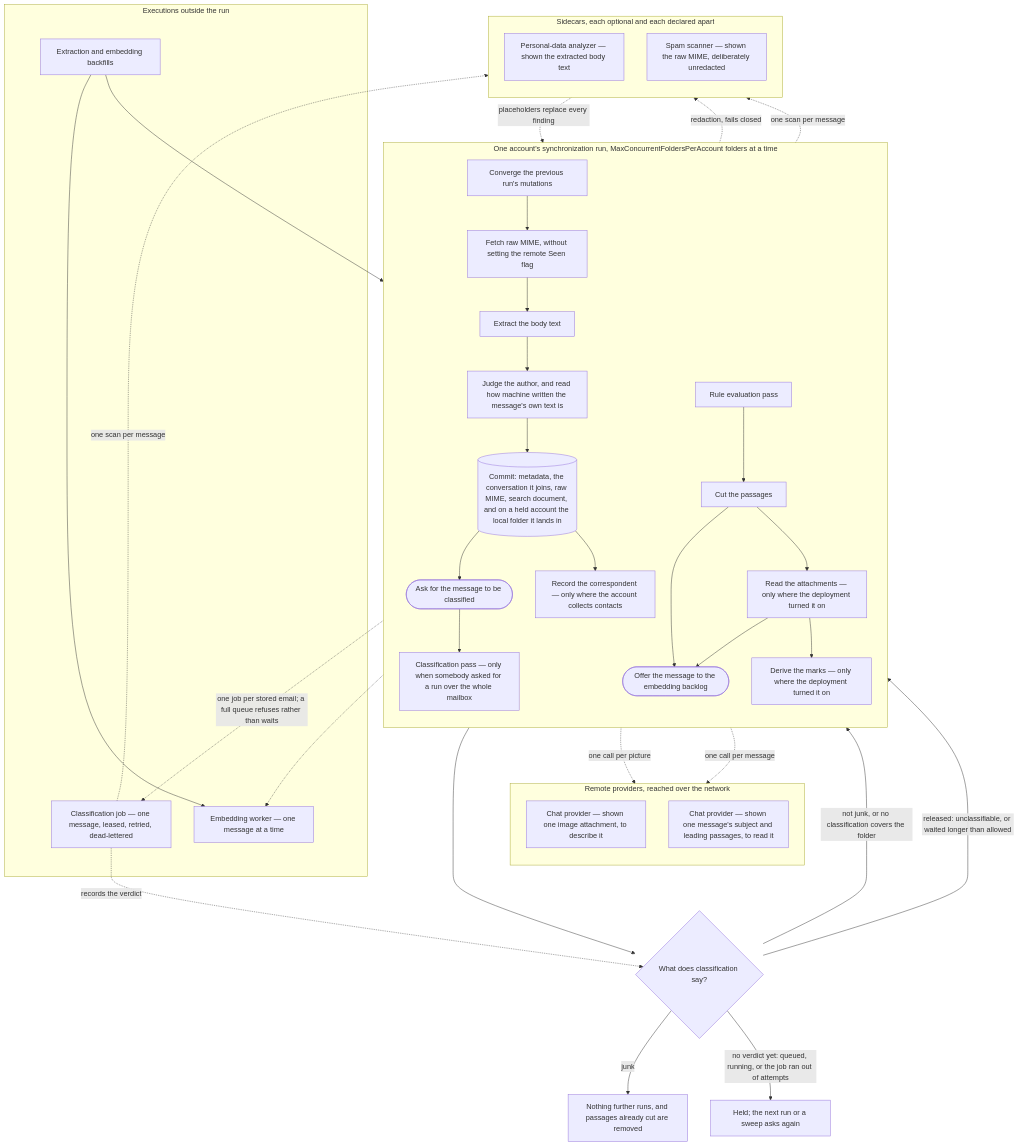
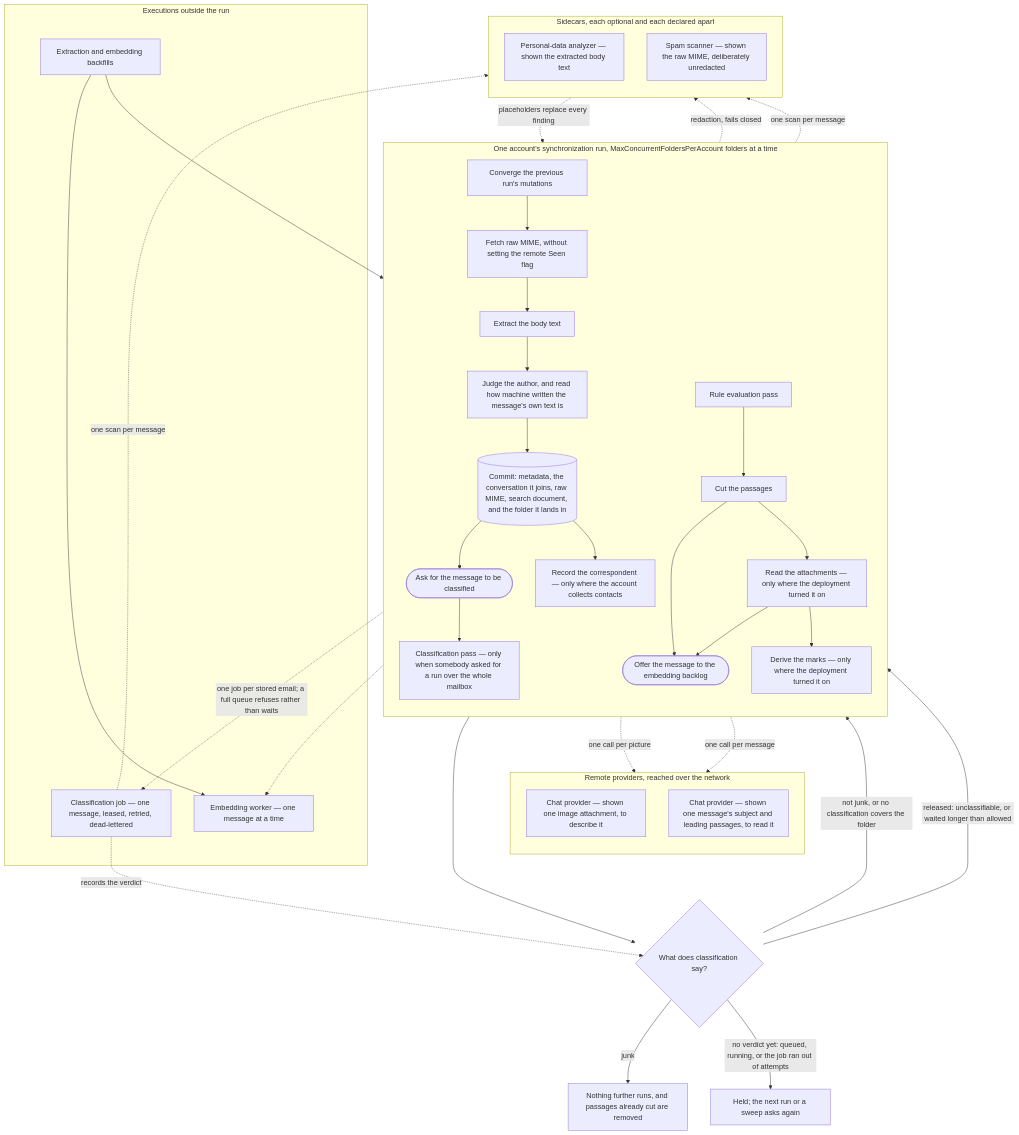
One commit to fathomise/MailFathom changed the diagram in docs/architecture/arrival-pipeline.md. Above: the diagram before and after it, drawn with Mermaid. The commit also changed 343 other files, not shown here.

Commit message:
[#2578] Give every account one folder model that every reader uses

````diff
--- a/docs/architecture/arrival-pipeline.md
+++ b/docs/architecture/arrival-pipeline.md
@@ -16,64 +16,64 @@
 ```mermaid
 flowchart TD
     subgraph run["One account's synchronization run, MaxConcurrentFoldersPerAccount folders at a time"]
         direction TB
         converge["Converge the previous run's mutations"]
         fetch["Fetch raw MIME, without setting the remote Seen flag"]
         extract["Extract the body text"]
         judge["Judge the author, and read how machine written the message's own text is"]
-        commit[("Commit: metadata, the conversation it joins, raw MIME, search document, and on a held account the local folder it lands in")]
+        commit[("Commit: metadata, the conversation it joins, raw MIME, search document, and the folder it lands in")]
         ask(["Ask for the message to be classified"])
         collect["Record the correspondent — only where the account collects contacts"]
         classify["Classification pass — only when somebody asked for a run over the whole mailbox"]
         rules["Rule evaluation pass"]
         cut["Cut the passages"]
         read["Read the attachments — only where the deployment turned it on"]
         offer(["Offer the message to the embedding backlog"])
         enrich["Derive the marks — only where the deployment turned it on"]
     end
 
     subgraph sidecars["Sidecars, each optional and each declared apart"]
         direction TB
         presidio["Personal-data analyzer — shown the extracted body text"]
         spamd["Spam scanner — shown the raw MIME, deliberately unredacted"]
     end
 
     subgraph remote["Remote providers, reached over the network"]
         direction TB
         vision["Chat provider — shown one image attachment, to describe it"]
         enricher["Chat provider — shown one message's subject and leading passages, to read it"]
     end
 
     subgraph elsewhere["Executions outside the run"]
         job["Classification job — one message, leased, retried, dead-lettered"]
         worker["Embedding worker — one message at a time"]
         sweeps["Extraction and embedding backfills"]
     end
 
     converge --> fetch --> extract --> judge
     judge -. "redaction, fails closed" .-> presidio
     presidio -. "placeholders replace every finding" .-> judge
     judge --> commit
     commit --> ask
     commit --> collect
     ask -. "one job per stored email; a full queue refuses rather than waits" .-> job
     ask --> classify
     job -. "one scan per message" .-> spamd
     classify -. "one scan per message" .-> spamd
     job -. "records the verdict" .-> gate
     classify --> gate{"What does classification say?"}
     gate -- "junk" --> withheld["Nothing further runs, and passages already cut are removed"]
     gate -- "not junk, or no classification covers the folder" --> rules
     gate -- "no verdict yet: queued, running, or the job ran out of attempts" --> held["Held; the next run or a sweep asks again"]
     gate -- "released: unclassifiable, or waited longer than allowed" --> rules
     rules --> cut
     cut --> offer
     cut --> read
     read --> offer
     read -. "one call per picture" .-> vision
     read --> enrich
     enrich -. "one call per message" .-> enricher
     offer -.-> worker
     sweeps --> cut
     sweeps --> worker
 ```
````
